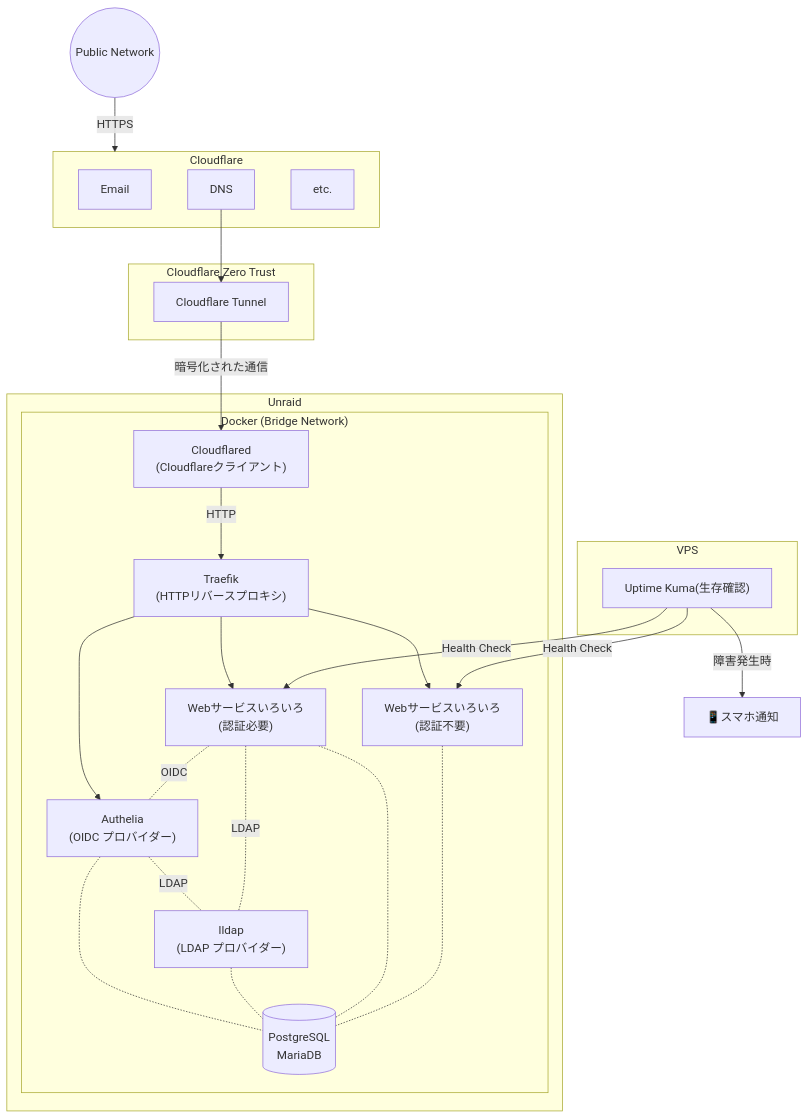
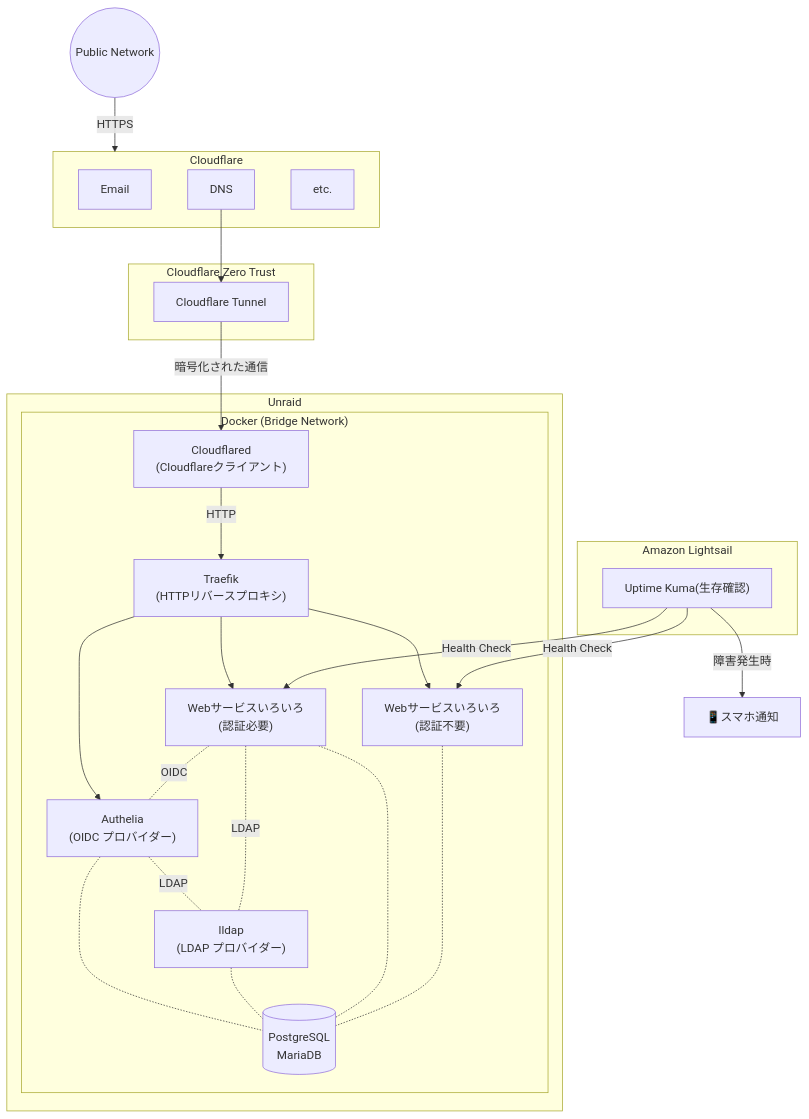
One commit to Insulinocytus/insulinocytus.github.io changed the diagram in _posts/2025-10-22-find-job.md. Above: the diagram before and after it, drawn with Mermaid.

````diff
--- a/_posts/2025-10-22-find-job.md
+++ b/_posts/2025-10-22-find-job.md
@@ -52,44 +52,44 @@
 ```mermaid
 flowchart TD
   subgraph Cloudflare
     Email
     DNS
     etc.
   end
   subgraph Cloudflare Zero Trust
     Tunnel[Cloudflare Tunnel]
   end
   subgraph Unraid
     subgraph UnraidDocker["Docker (Bridge Network)"]
     Cloudflared["Cloudflared<br>(Cloudflareクライアント)"]
     Traefik["Traefik<br>(HTTPリバースプロキシ)"]
     Authelia["Authelia<br>(OIDC プロバイダー)"]
     lldap["lldap<br>(LDAP プロバイダー)"]
     PrivateWebServices["Webサービスいろいろ<br>(認証必要)"]
     PublicWebServices["Webサービスいろいろ<br>(認証不要)"]
     Database[("PostgreSQL<br>MariaDB")]
     Authelia -.-|LDAP| lldap
     Traefik --> Authelia
     Traefik --> PrivateWebServices
     Traefik --> PublicWebServices
     PrivateWebServices -.-|OIDC| Authelia
     PrivateWebServices -.-|LDAP| lldap
     Authelia -.- Database
     lldap -.- Database
     PrivateWebServices -.- Database
     PublicWebServices -.- Database
     end
   end
-  subgraph VPS
+  subgraph Amazon Lightsail
     UptimeKuma["Uptime Kuma(生存確認)"]
   end
   Phone["📱スマホ通知"]
 
   UptimeKuma -->|"障害発生時"| Phone
   UptimeKuma -->|"Health Check"| PublicWebServices
   UptimeKuma -->|"Health Check"| PrivateWebServices
   PublicNetwork((Public Network)) -->|"HTTPS"| Cloudflare
   DNS --> Tunnel
   Tunnel -->|"暗号化された通信"| Cloudflared
   Cloudflared -->|"HTTP"| Traefik
 ```
````
